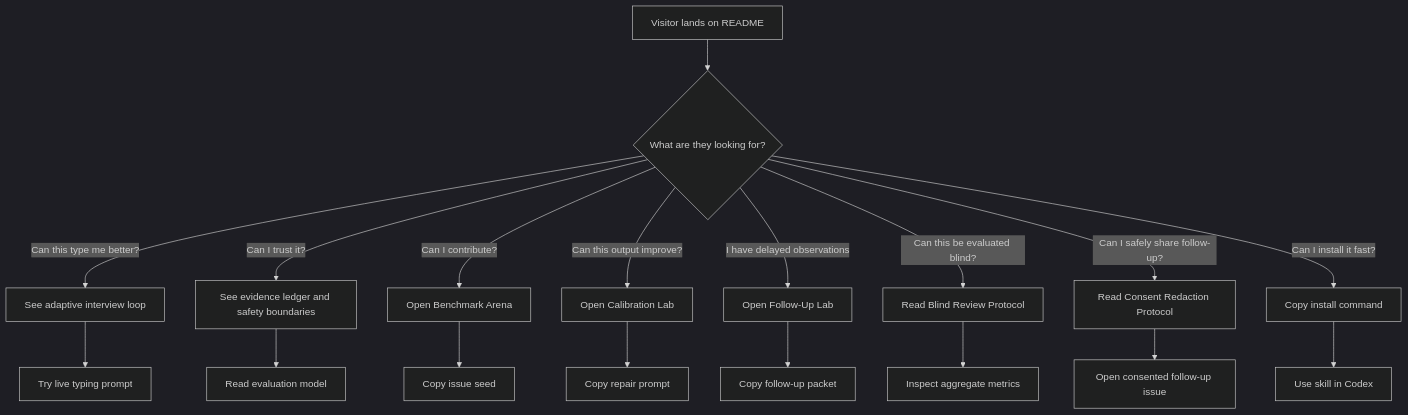
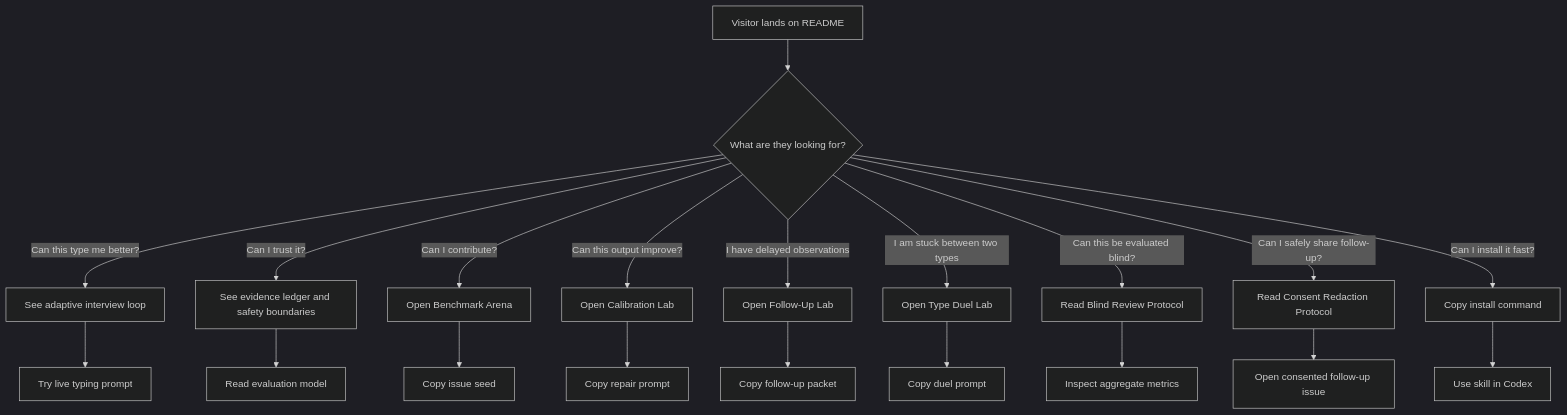
The diagram in docs/github-ux.md (Zaoqu-Liu/mbti-typing-skill), drawn with Mermaid (dark theme) before and after one commit. The commit also changed other lines of this file and 20 other files, not shown here.

Commit message:
Add type duel lab

````diff
--- a/docs/github-ux.md
+++ b/docs/github-ux.md
@@ -35,20 +36,22 @@
 ```mermaid
 flowchart TD
     A[Visitor lands on README] --> B{What are they looking for?}
     B -->|Can this type me better?| C[See adaptive interview loop]
     B -->|Can I trust it?| D[See evidence ledger and safety boundaries]
     B -->|Can I contribute?| E[Open Benchmark Arena]
     B -->|Can this output improve?| K[Open Calibration Lab]
     B -->|I have delayed observations| Q[Open Follow-Up Lab]
+    B -->|I am stuck between two types| S[Open Type Duel Lab]
     B -->|Can this be evaluated blind?| M[Read Blind Review Protocol]
     B -->|Can I safely share follow-up?| O[Read Consent Redaction Protocol]
     B -->|Can I install it fast?| F[Copy install command]
     C --> G[Try live typing prompt]
     D --> H[Read evaluation model]
     E --> I[Copy issue seed]
     K --> L[Copy repair prompt]
     Q --> R[Copy follow-up packet]
+    S --> T[Copy duel prompt]
     M --> N[Inspect aggregate metrics]
     O --> P[Open consented follow-up issue]
     F --> J[Use skill in Codex]
 ```
````
